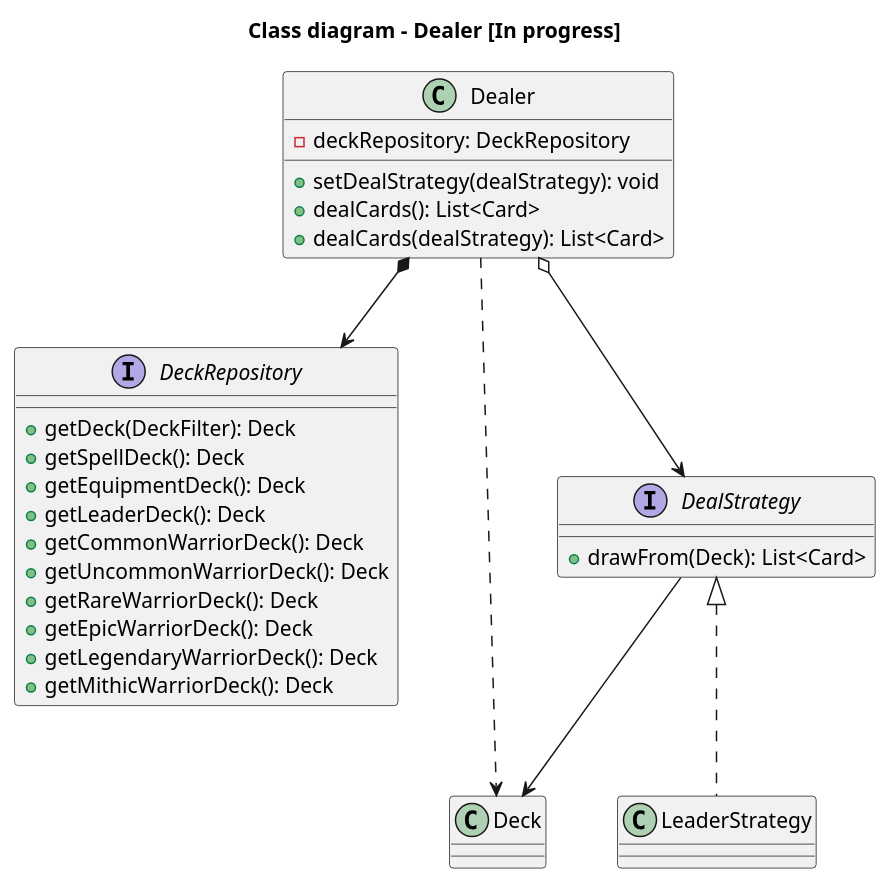
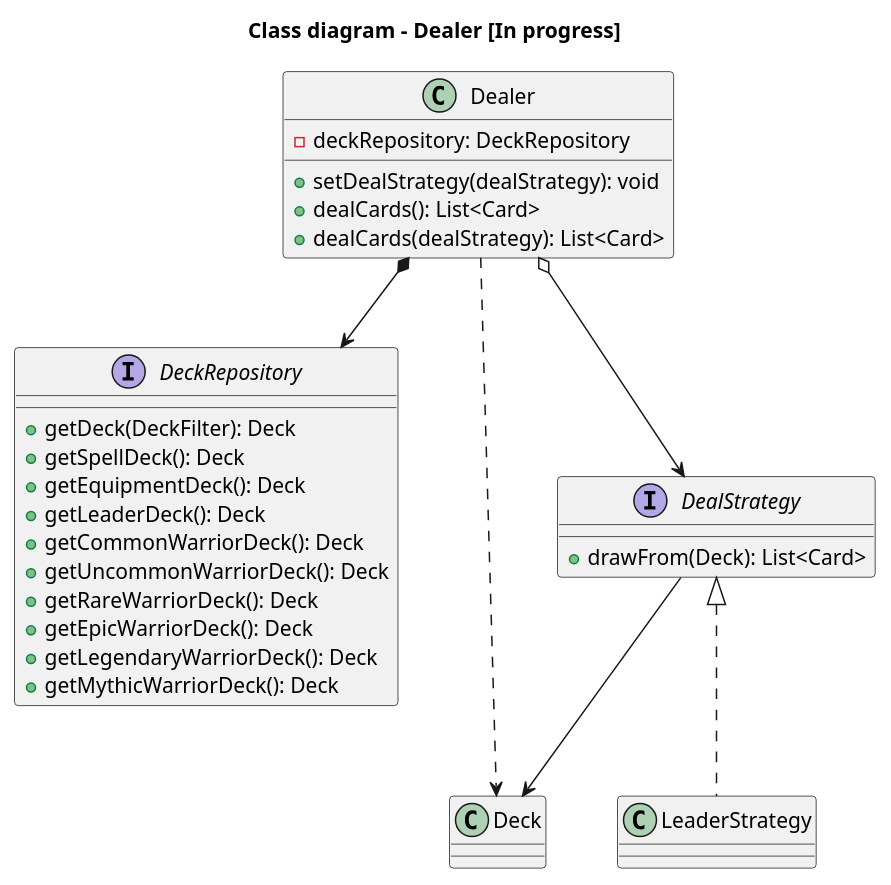
One commit to DainWs/Crazy-Random-Multiverse changed the diagram in docs/development/diagrams/class_diagram-dealer.plantuml. Above: the diagram before and after it, drawn with PlantUML. The commit also changed 16 other files, not shown here.

Commit message:
rename the mithic rarity to mythic

```diff
--- a/docs/development/diagrams/class_diagram-dealer.plantuml
+++ b/docs/development/diagrams/class_diagram-dealer.plantuml
@@ -1,35 +1,35 @@
 @startuml
 title "Class diagram - Dealer [In progress]"
 
 class Dealer {
  -deckRepository: DeckRepository
  +setDealStrategy(dealStrategy): void
  +dealCards(): List<Card>
  +dealCards(dealStrategy): List<Card>
 }
 
 interface DeckRepository {
  +getDeck(DeckFilter): Deck
  +getSpellDeck(): Deck
  +getEquipmentDeck(): Deck
  +getLeaderDeck(): Deck
  +getCommonWarriorDeck(): Deck
  +getUncommonWarriorDeck(): Deck
  +getRareWarriorDeck(): Deck
  +getEpicWarriorDeck(): Deck
  +getLegendaryWarriorDeck(): Deck
- +getMithicWarriorDeck(): Deck
+ +getMythicWarriorDeck(): Deck
 }
 
 interface DealStrategy {
  +drawFrom(Deck): List<Card>
 }
 
 Dealer *--> DeckRepository
 Dealer o--> DealStrategy
 Dealer ..> Deck
 DealStrategy --> Deck
 
 DealStrategy <|.. LeaderStrategy
 
 @enduml
```
